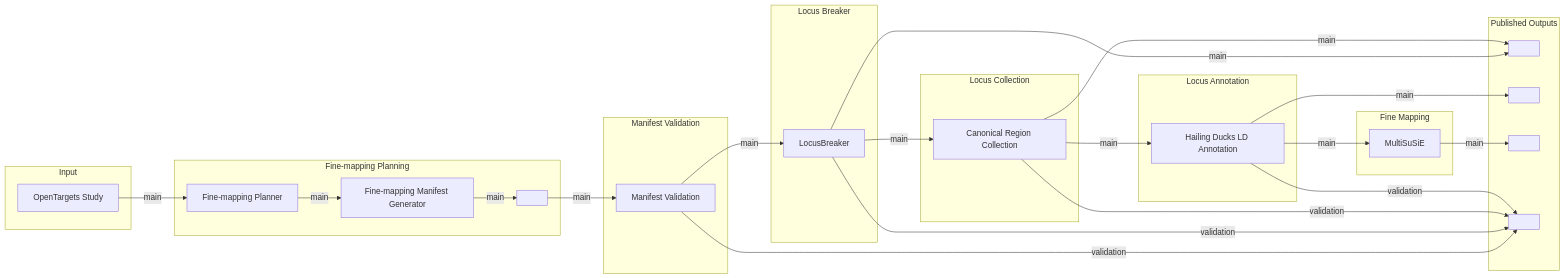
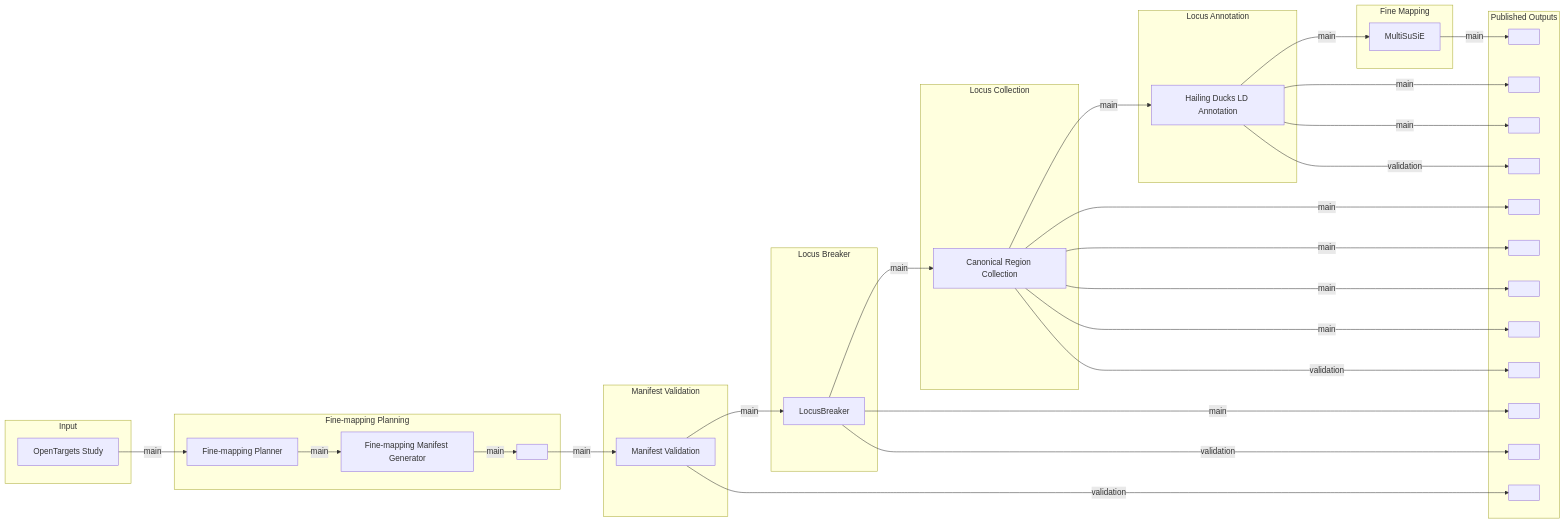
Before and after one commit to opentargets/nf-fine-mapping: the diagram in docs/architecture/pipeline-metro-map.mmd, drawn with Mermaid. The commit also changed 2 other files, not shown here.

Commit message:
docs: document all published outputs explicitly in the metro map
Replace the four generic Loci/Annotated/Results/Reports buckets with the
12 distinct paths the workflow's `output {}` block in main.nf actually
publishes (per-study loci, full/partial/non-overlap collected loci,
collection stats, annotated locus sets, LD-pair stats, MultiSuSiE
results, and the manifest/locus-breaker/collection/annotation status
reports), each labelled by the stage that produces it. Add a matching
table to the Pipeline overview docs page giving the real relative path,
producing stage, and contents of each output.

Claude-Session: https://claude.ai/code/session_0186r5vWUmcErs9gTsGLsjFS

```diff
--- a/docs/architecture/pipeline-metro-map.mmd
+++ b/docs/architecture/pipeline-metro-map.mmd
@@ -1,68 +1,88 @@
 %%metro title: nf-fine-mapping pipeline
 %%metro caption: opentargets/nf-fine-mapping — rendered with nf-metro from main.nf
 %%metro style: dark
 %%metro line: main | Pipeline | #22d3ee
 %%metro line: validation | Validation & QC | #ef4444 | dashed
 
 %%metro file: manifest_in | TSV | Manifest
-%%metro dir: loci_dir | Loci
-%%metro dir: annotated_dir | Annotated
-%%metro dir: results_dir | Results
-%%metro dir: reports_dir | Reports
+%%metro dir: loci_out | Loci
+%%metro dir: full_overlap_out | Full-overlap Loci
+%%metro dir: partial_overlap_out | Partial-overlap Loci
+%%metro dir: non_overlap_out | Non-overlap Loci
+%%metro dir: collect_stats_out | Collection Stats
+%%metro dir: annotated_out | Annotated Locus Sets
+%%metro dir: ld_pair_stats_out | LD-pair Stats
+%%metro dir: multisusie_out | MultiSuSiE Results
+%%metro dir: report_validation | Manifest Validation Report
+%%metro dir: status_lb | LocusBreaker Status
+%%metro dir: status_collection | Locus Collection Status
+%%metro dir: status_annotation | Locus Annotation Status
 
 graph LR
     subgraph input [Input]
         study_in[OpenTargets Study]
     end
 
     subgraph fm_planning [Fine-mapping Planning]
         planner[Fine-mapping Planner]
         manifest_gen[Fine-mapping Manifest Generator]
         manifest_in[ ]
         planner -->|main| manifest_gen
         manifest_gen -->|main| manifest_in
     end
 
     subgraph validation_stage [Manifest Validation]
         validate[Manifest Validation]
     end
 
     subgraph locus_breaker [Locus Breaker]
         lb[LocusBreaker]
     end
 
     subgraph locus_collection [Locus Collection]
         collect[Canonical Region Collection]
     end
 
     subgraph locus_annotation [Locus Annotation]
         ld_hailing[Hailing Ducks LD Annotation]
     end
 
     subgraph fine_mapping [Fine Mapping]
         multisusie[MultiSuSiE]
     end
 
     subgraph publish [Published Outputs]
-        loci_dir[ ]
-        annotated_dir[ ]
-        results_dir[ ]
-        reports_dir[ ]
+        loci_out[ ]
+        full_overlap_out[ ]
+        partial_overlap_out[ ]
+        non_overlap_out[ ]
+        collect_stats_out[ ]
+        annotated_out[ ]
+        ld_pair_stats_out[ ]
+        multisusie_out[ ]
+        report_validation[ ]
+        status_lb[ ]
+        status_collection[ ]
+        status_annotation[ ]
     end
 
     study_in -->|main| planner
     manifest_in -->|main| validate
     validate -->|main| lb
     lb -->|main| collect
     collect -->|main| ld_hailing
     ld_hailing -->|main| multisusie
-    multisusie -->|main| results_dir
 
-    lb -->|main| loci_dir
-    collect -->|main| loci_dir
-    ld_hailing -->|main| annotated_dir
+    lb -->|main| loci_out
+    collect -->|main| full_overlap_out
+    collect -->|main| partial_overlap_out
+    collect -->|main| non_overlap_out
+    collect -->|main| collect_stats_out
+    ld_hailing -->|main| annotated_out
+    ld_hailing -->|main| ld_pair_stats_out
+    multisusie -->|main| multisusie_out
 
-    validate -->|validation| reports_dir
-    lb -->|validation| reports_dir
-    collect -->|validation| reports_dir
-    ld_hailing -->|validation| reports_dir
+    validate -->|validation| report_validation
+    lb -->|validation| status_lb
+    collect -->|validation| status_collection
+    ld_hailing -->|validation| status_annotation
```
